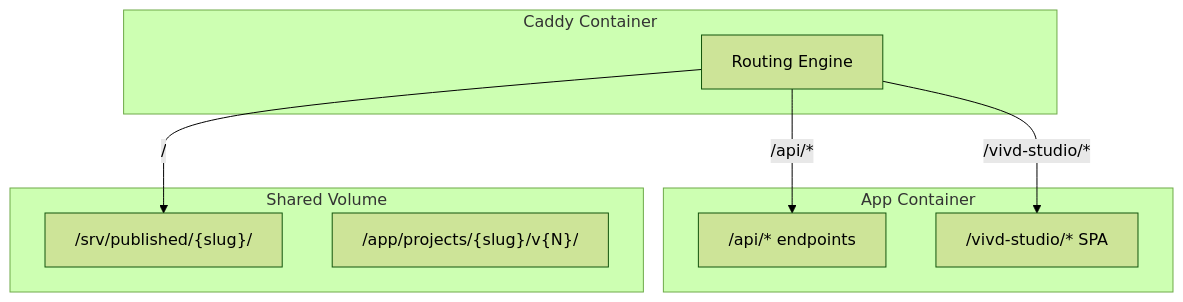
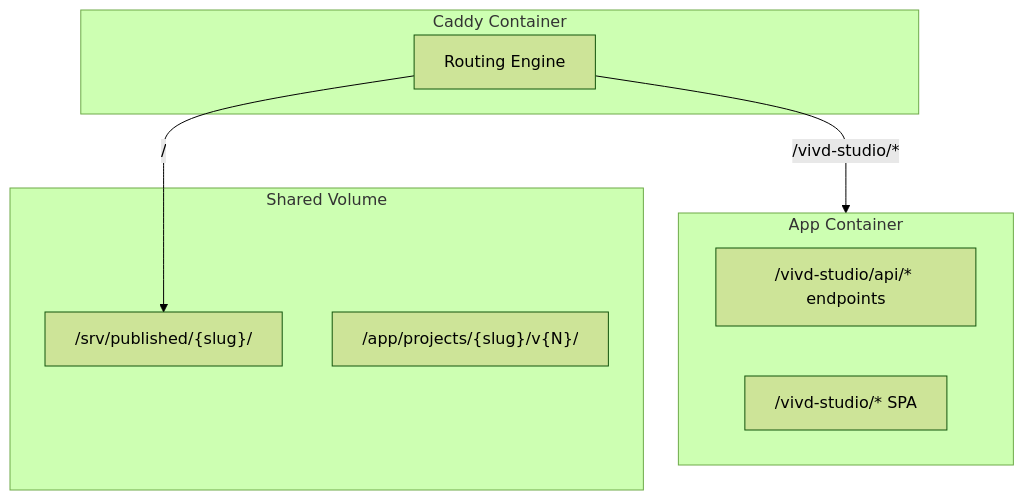
The second of 2 diagrams in implementation.md (vivd-studio/vivd), drawn with Mermaid (forest theme) before and after one commit. The commit also changed 10 other files, not shown here.

````diff
--- a/implementation.md
+++ b/implementation.md
@@ -137,18 +137,17 @@
 ```mermaid
 flowchart TB
     subgraph Caddy["Caddy Container"]
         R[Routing Engine]
     end
     subgraph App["App Container"]
-        API["/api/* endpoints"]
+        API["/vivd-studio/api/* endpoints"]
         Studio["/vivd-studio/* SPA"]
     end
     subgraph Files["Shared Volume"]
         Published["/srv/published/{slug}/"]
         Working["/app/projects/{slug}/v{N}/"]
     end
 
-    R -->|"/api/*"| API
-    R -->|"/vivd-studio/*"| Studio
+    R -->|"/vivd-studio/*"| App
     R -->|"/"| Published
 ```
````
